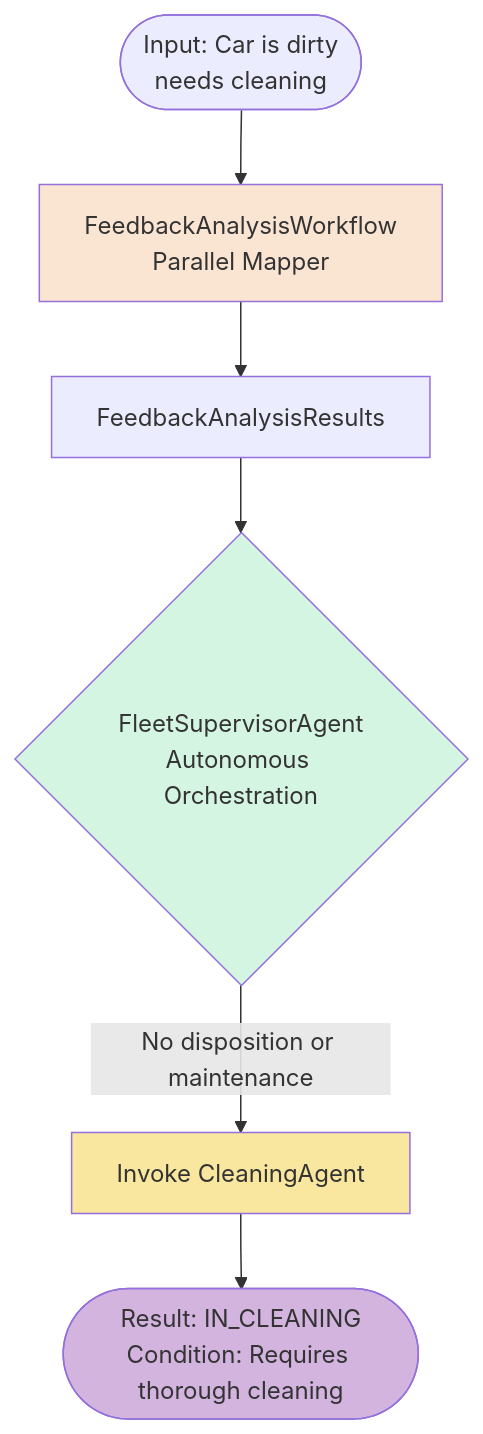
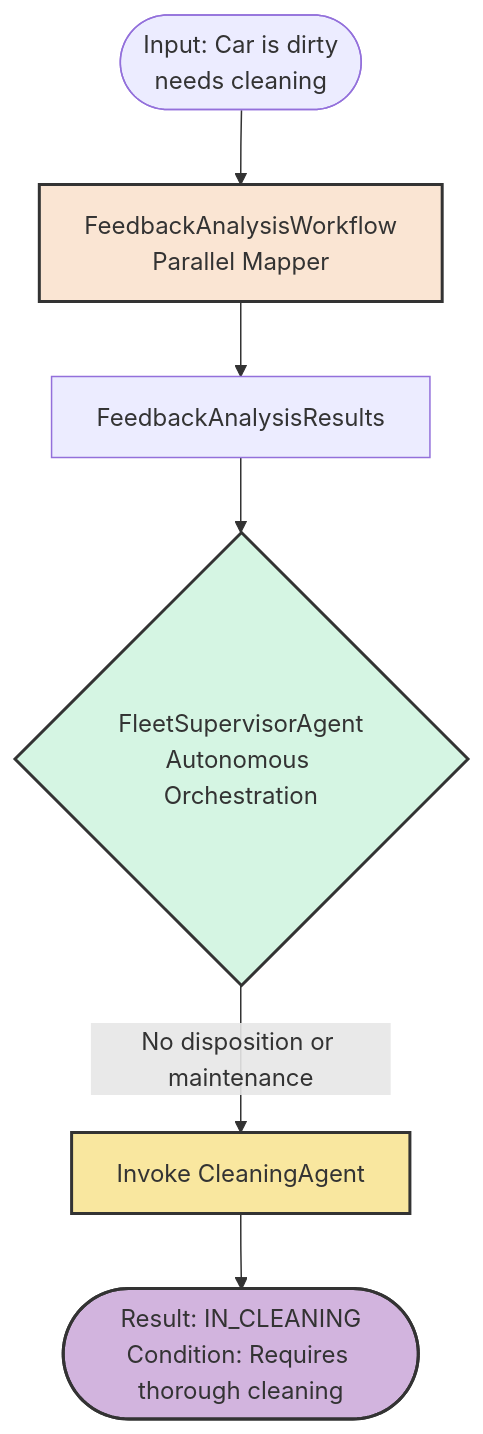
Before and after one commit to quarkusio/quarkus-workshop-langchain4j: the fifth of 5 diagrams in docs/docs/section-2/step-04.md, drawn with Mermaid. The commit also changed other lines of this file and 6 other files, not shown here.

Commit message:
update docs for better flow, and fix diagrams (#301)

````diff
--- a/docs/docs/section-2/step-04.md
+++ b/docs/docs/section-2/step-04.md
@@ -580,16 +543,16 @@
 ```mermaid
 flowchart TD
-    Start([Input: Car is dirty<br/>needs cleaning])
+    Start(["Input: Car is dirty<br/>needs cleaning"])
 
-    Start --> FW[FeedbackAnalysisWorkflow<br/>Parallel Mapper]
-    FW --> Results[FeedbackAnalysisResults]
-    Results --> FSA{FleetSupervisorAgent<br/>Autonomous Orchestration}
+    Start --> FW["FeedbackAnalysisWorkflow<br/>Parallel Mapper"]
+    FW --> Results["FeedbackAnalysisResults"]
+    Results --> FSA{"FleetSupervisorAgent<br/>Autonomous Orchestration"}
 
-    FSA -->|No disposition or maintenance| CA[Invoke CleaningAgent]
-    CA --> Result([Result: IN_CLEANING<br/>Condition: Requires thorough cleaning])
+    FSA -->|"No disposition or maintenance"| CA["Invoke CleaningAgent"]
+    CA --> Result(["Result: IN_CLEANING<br/>Condition: Requires thorough cleaning"])
 
-    style FW fill:#FAE5D3
-    style FSA fill:#D5F5E3
-    style CA fill:#F9E79F
-    style Result fill:#D2B4DE
+    style FW fill:#FAE5D3,stroke:#333,stroke-width:2,color:#333
+    style FSA fill:#D5F5E3,stroke:#333,stroke-width:2,color:#333
+    style CA fill:#F9E79F,stroke:#333,stroke-width:2,color:#333
+    style Result fill:#D2B4DE,stroke:#333,stroke-width:2,color:#333
 ```
````
